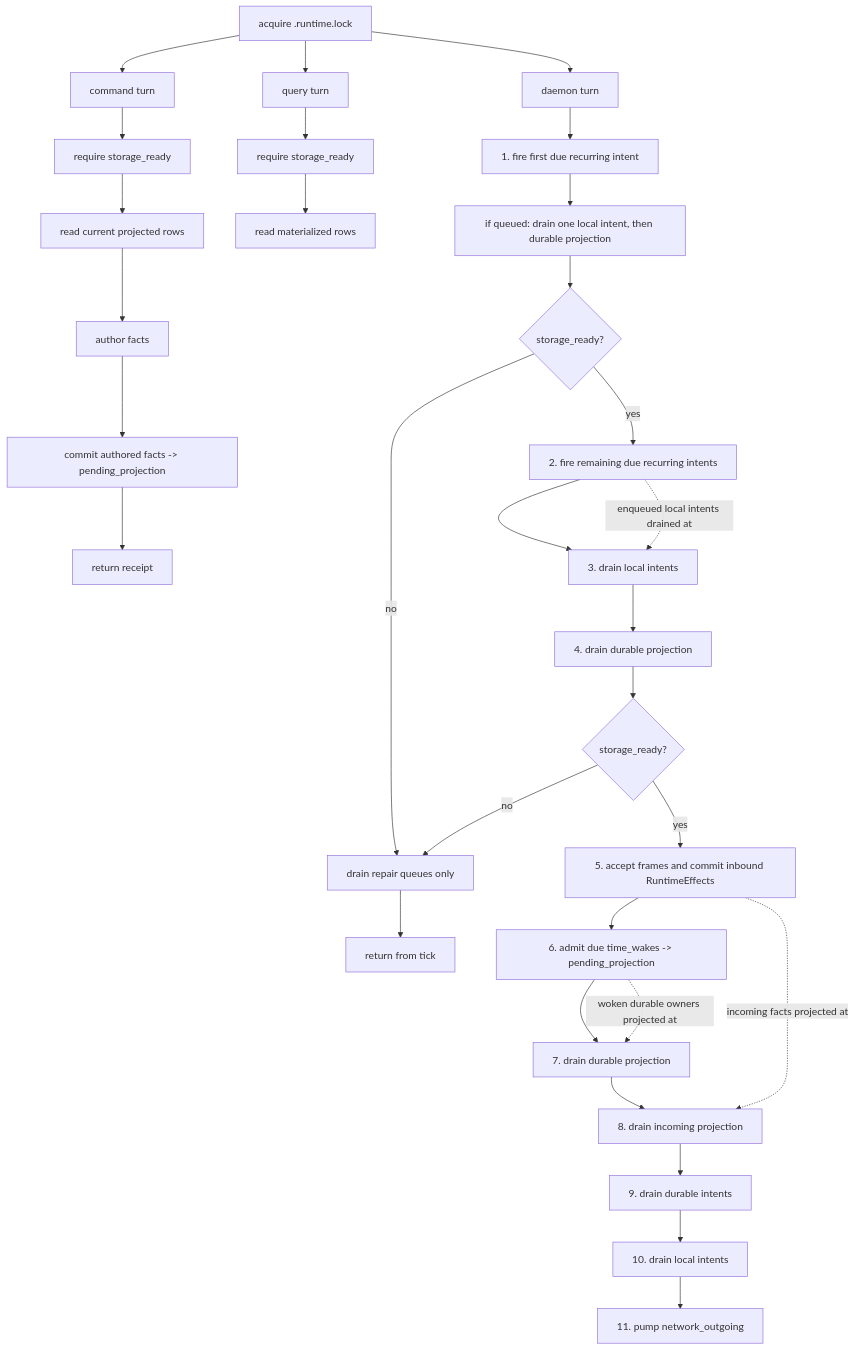
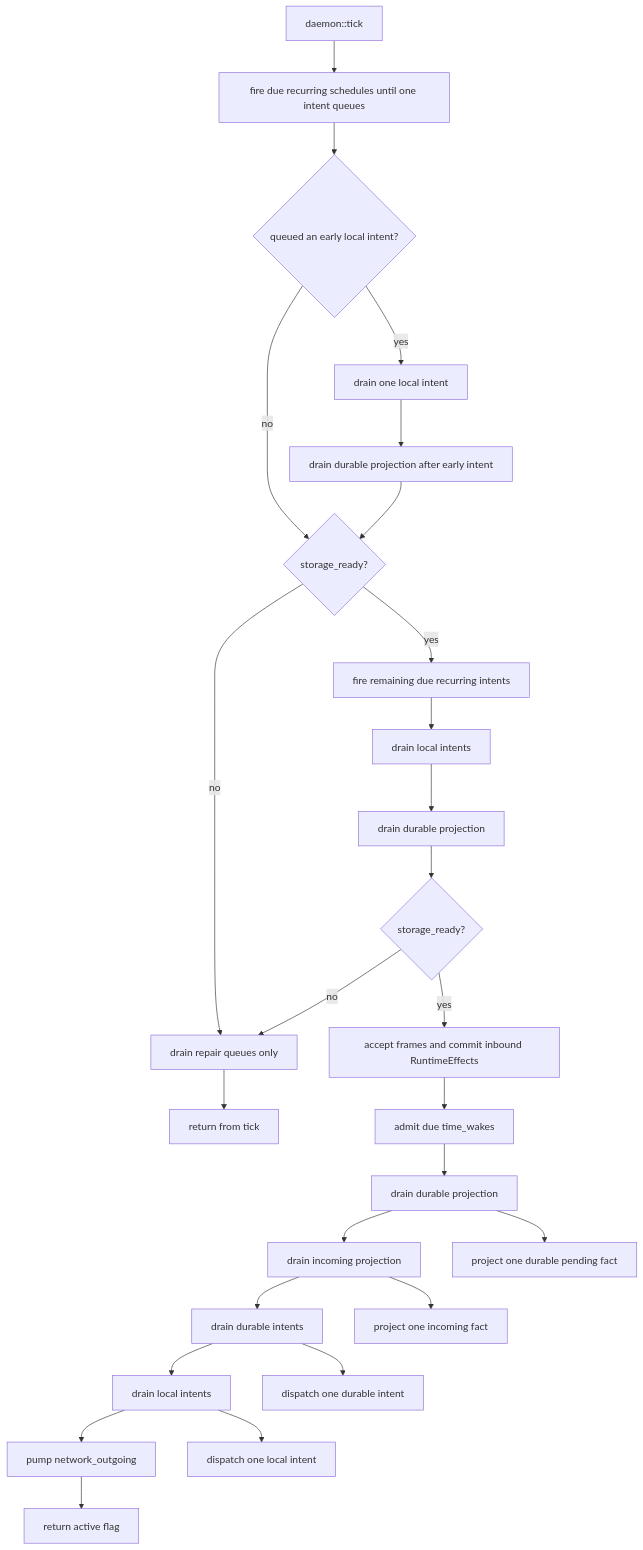
The fifth of 9 diagrams in ARCHITECTURE_DIAGRAMS.md (holmesworcester/poc-10), drawn with Mermaid before and after one commit. The commit also changed other lines of this file and 1 other file, not shown here.

Commit message:
Consolidate architecture diagrams

````diff
--- a/ARCHITECTURE_DIAGRAMS.md
+++ b/ARCHITECTURE_DIAGRAMS.md
@@ -129,39 +253,31 @@
 ```mermaid
 %%{init: {"flowchart": {"wrappingWidth": 300}} }%%
 flowchart TD
-    LOCK["acquire <db>.runtime.lock"]
+    START["daemon::tick"] --> FIRST["fire due recurring schedules until one intent queues"]
+    FIRST --> FIRST_DRAIN{"queued an early local intent?"}
+    FIRST_DRAIN -- yes --> LOCAL_ONE["drain one local intent"]
+    LOCAL_ONE --> DURABLE_REPAIR["drain durable projection after early intent"]
+    FIRST_DRAIN -- no --> READY_ONE{"storage_ready?"}
+    DURABLE_REPAIR --> READY_ONE
+    READY_ONE -- no --> REPAIR["drain repair queues only"]
+    REPAIR --> RETURN_REPAIR["return from tick"]
 
-    LOCK --> CMD["command turn"]
-    CMD --> CMD_READY["require storage_ready"]
-    CMD_READY --> READ_INPUTS["read current projected rows"]
-    READ_INPUTS --> AUTHOR["author facts"]
-    AUTHOR --> COMMIT_FACTS["commit authored facts -> pending_projection"]
-    COMMIT_FACTS --> RECEIPT["return receipt"]
+    READY_ONE -- yes --> RECUR["fire remaining due recurring intents"]
+    RECUR --> LOCAL["drain local intents"]
+    LOCAL --> DURABLE_PRE["drain durable projection"]
+    DURABLE_PRE --> READY_TWO{"storage_ready?"}
+    READY_TWO -- no --> REPAIR
+    READY_TWO -- yes --> INBOUND["accept frames and commit inbound RuntimeEffects"]
+    INBOUND --> TIME["admit due time_wakes"]
+    TIME --> DURABLE["drain durable projection"]
+    DURABLE --> INCOMING["drain incoming projection"]
+    INCOMING --> DURABLE_INTENTS["drain durable intents"]
+    DURABLE_INTENTS --> LOCAL_INTENTS["drain local intents"]
+    LOCAL_INTENTS --> OUTGOING["pump network_outgoing"]
+    OUTGOING --> DONE["return active flag"]
 
-    LOCK --> Q["query turn"]
-    Q --> Q_READY["require storage_ready"]
-    Q_READY --> READ["read materialized rows"]
-
-    LOCK --> TICK["daemon turn"]
-    TICK --> R0["1. fire first due recurring intent"]
-    R0 --> R1["if queued: drain one local intent, then durable projection"]
-    R1 --> READY1{"storage_ready?"}
-    READY1 -- no --> REPAIR["drain repair queues only"]
-    REPAIR --> RETURN1["return from tick"]
-    READY1 -- yes --> T0["2. fire remaining due recurring intents"]
-    T0 --> T1["3. drain local intents"]
-    T1 --> T2["4. drain durable projection"]
-    T2 --> READY2{"storage_ready?"}
-    READY2 -- no --> REPAIR
-    READY2 -- yes --> T3["5. accept frames and commit inbound RuntimeEffects"]
-    T3 --> T4["6. admit due time_wakes -> pending_projection"]
-    T4 --> T5["7. drain durable projection"]
-    T5 --> T6["8. drain incoming projection"]
-    T6 --> T7["9. drain durable intents"]
-    T7 --> T8["10. drain local intents"]
-    T8 --> T9["11. pump network_outgoing"]
-
-    T0 -.enqueued local intents drained at.-> T1
-    T3 -.incoming facts projected at.-> T6
-    T4 -.woken durable owners projected at.-> T5
+    DURABLE --> PROJECT_ONE["project one durable pending fact"]
+    INCOMING --> PROJECT_INCOMING["project one incoming fact"]
+    DURABLE_INTENTS --> HANDLER_DURABLE["dispatch one durable intent"]
+    LOCAL_INTENTS --> HANDLER_LOCAL["dispatch one local intent"]
 ```
````
